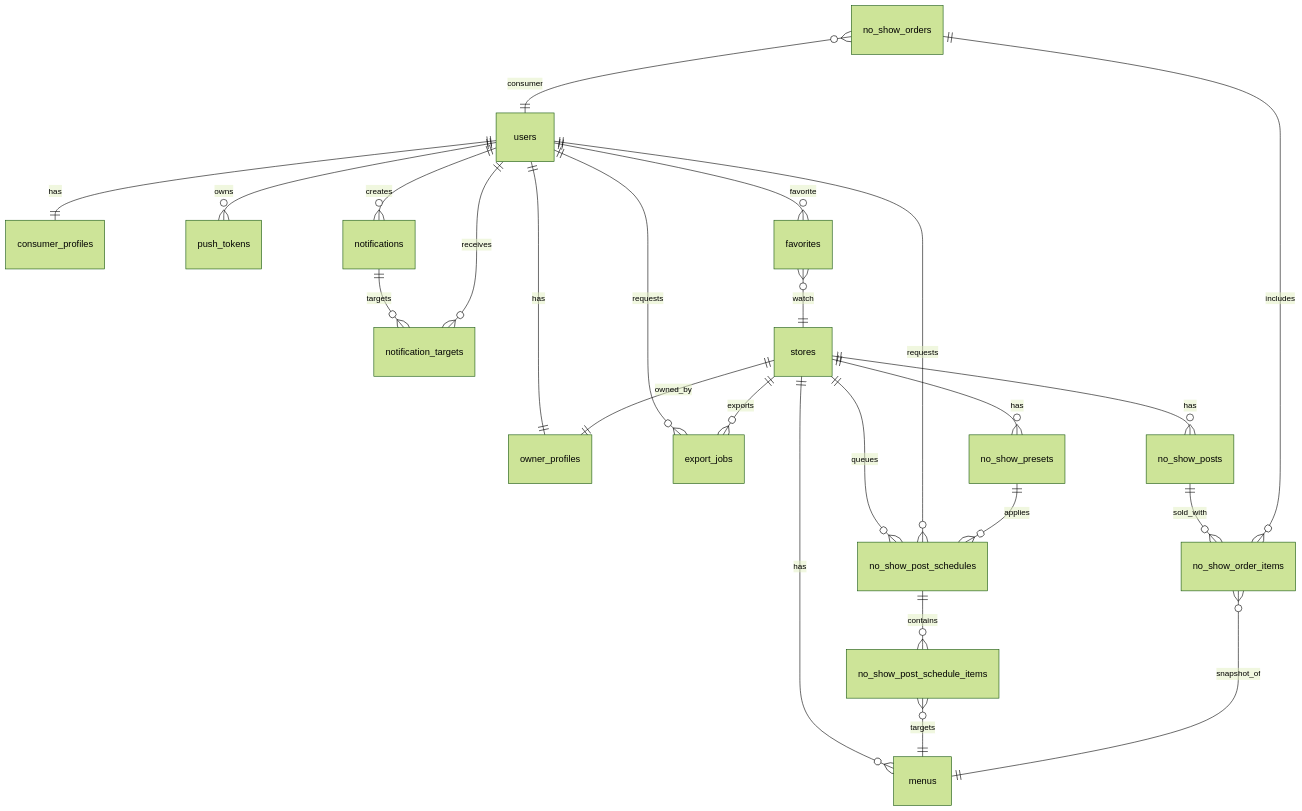
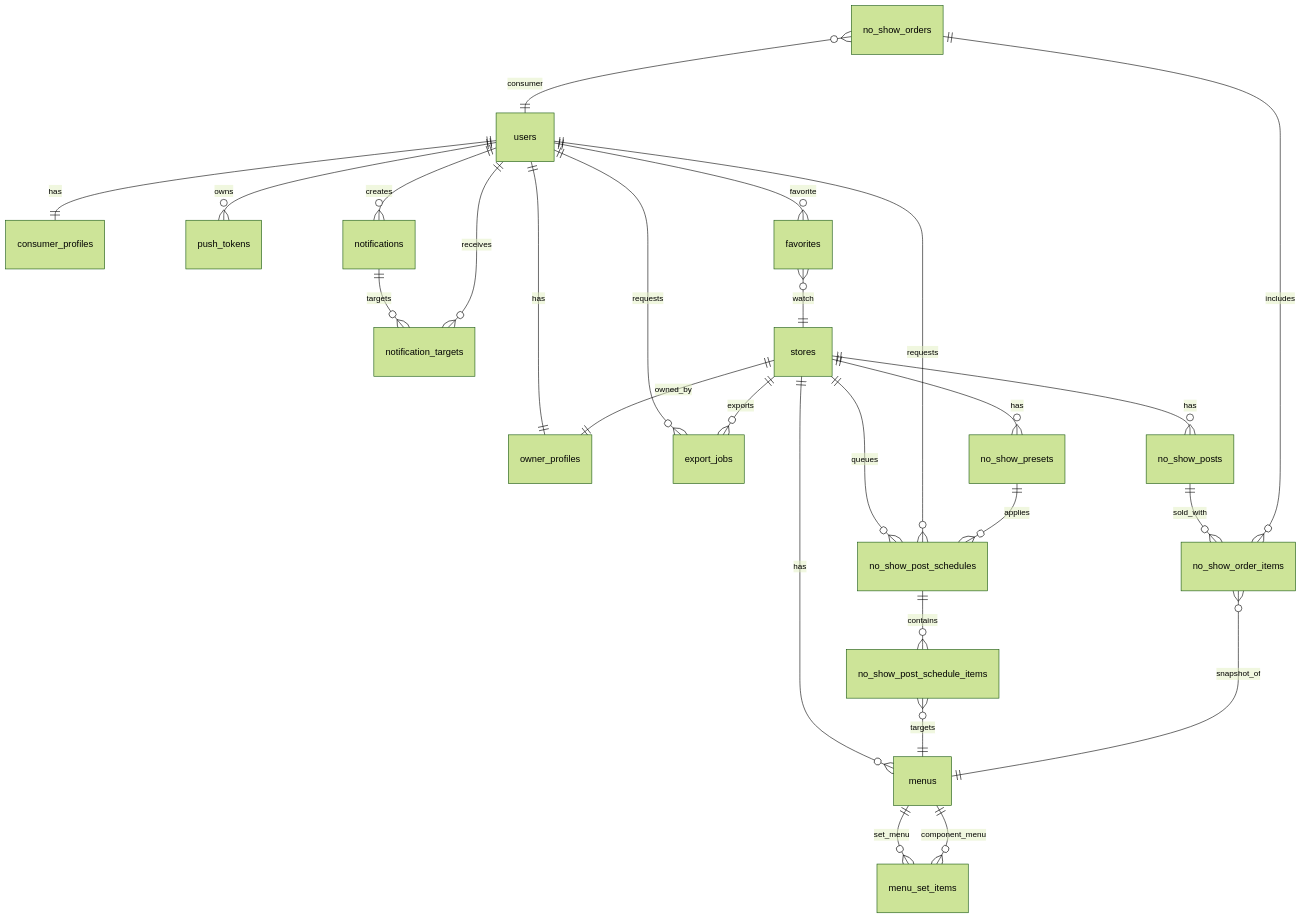
The diagram in doc/database.md (goorm-ynot/dandi-onna-be), drawn with Mermaid (forest theme) before and after one commit. The commit also changed other lines of this file and 42 other files, not shown here.

Commit message:
[#38]feat: 메뉴 도메인 확장 및 이미지 임시 업로드 플로우 정비(#38)

````diff
--- a/doc/database.md
+++ b/doc/database.md
@@ -23,28 +24,30 @@
 ```mermaid
 erDiagram
   users ||--|| owner_profiles : has
   users ||--|| consumer_profiles : has
   users ||--o{ push_tokens : owns
   users ||--o{ favorites : favorite
   users ||--o{ notifications : creates
   notifications ||--o{ notification_targets : targets
   users ||--o{ notification_targets : receives
   users ||--o{ export_jobs : requests
   stores ||--o{ export_jobs : exports
 
   stores ||--|| owner_profiles : owned_by
   stores ||--o{ menus : has
+  menus ||--o{ menu_set_items : set_menu
+  menus ||--o{ menu_set_items : component_menu
   stores ||--o{ no_show_posts : has
   stores ||--o{ no_show_presets : has
   stores ||--o{ no_show_post_schedules : queues
   users ||--o{ no_show_post_schedules : requests
   no_show_presets ||--o{ no_show_post_schedules : applies
   no_show_post_schedules ||--o{ no_show_post_schedule_items : contains
   no_show_post_schedule_items }o--|| menus : targets
 
   no_show_posts ||--o{ no_show_order_items : sold_with
   no_show_orders ||--o{ no_show_order_items : includes
   no_show_orders }o--|| users : consumer
   favorites }o--|| stores : watch
   no_show_order_items }o--|| menus : snapshot_of
 ```
````
